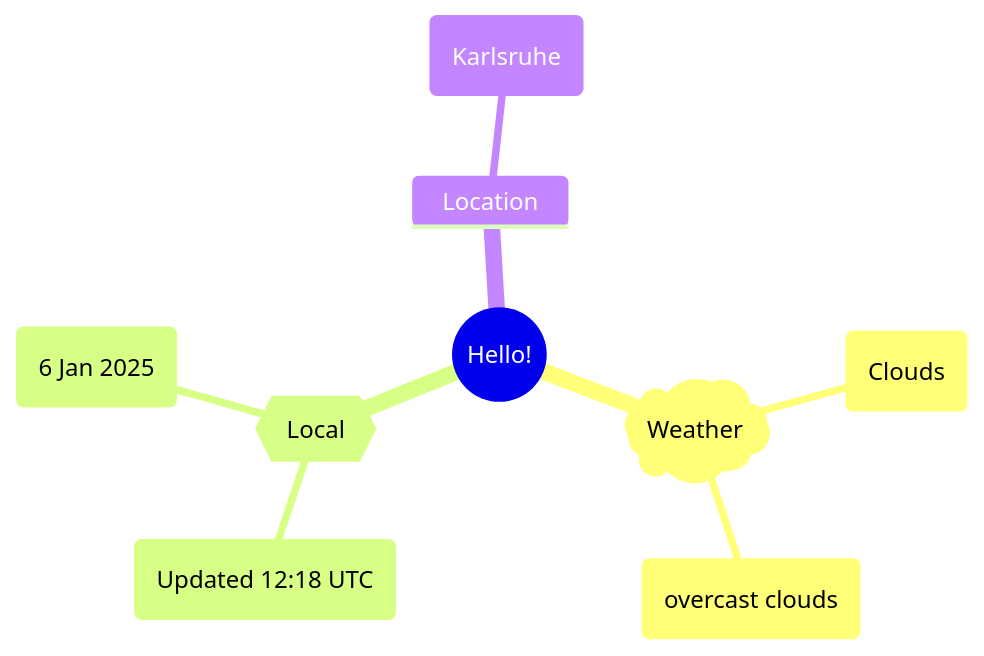
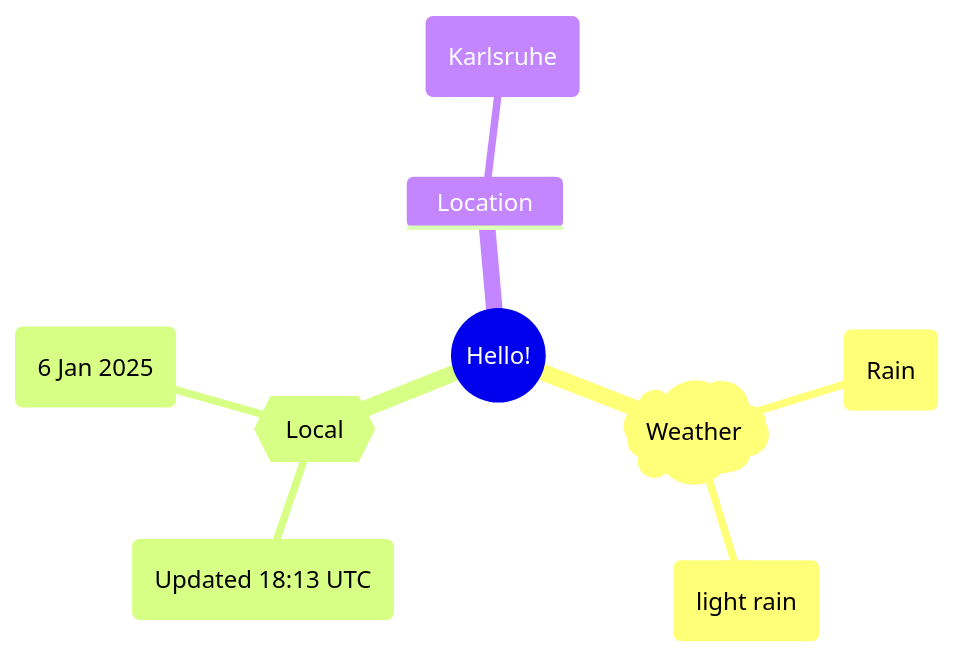
Before and after one commit to Xosrov/Xosrov: the first of 2 diagrams in README.md, drawn with Mermaid.

Commit message:
[bot] updated images

````diff
--- a/README.md
+++ b/README.md
@@ -3,12 +3,12 @@
 ```mermaid
 mindmap
   root((Hello!))
     )Weather(
-        (Clouds)
-        (overcast clouds)
+        (Rain)
+        (light rain)
     {{Local}}
-        (Updated 12:18 UTC)
+        (Updated 18:13 UTC)
         (6 Jan 2025)
     Location
         (Karlsruhe)
 ```
````
